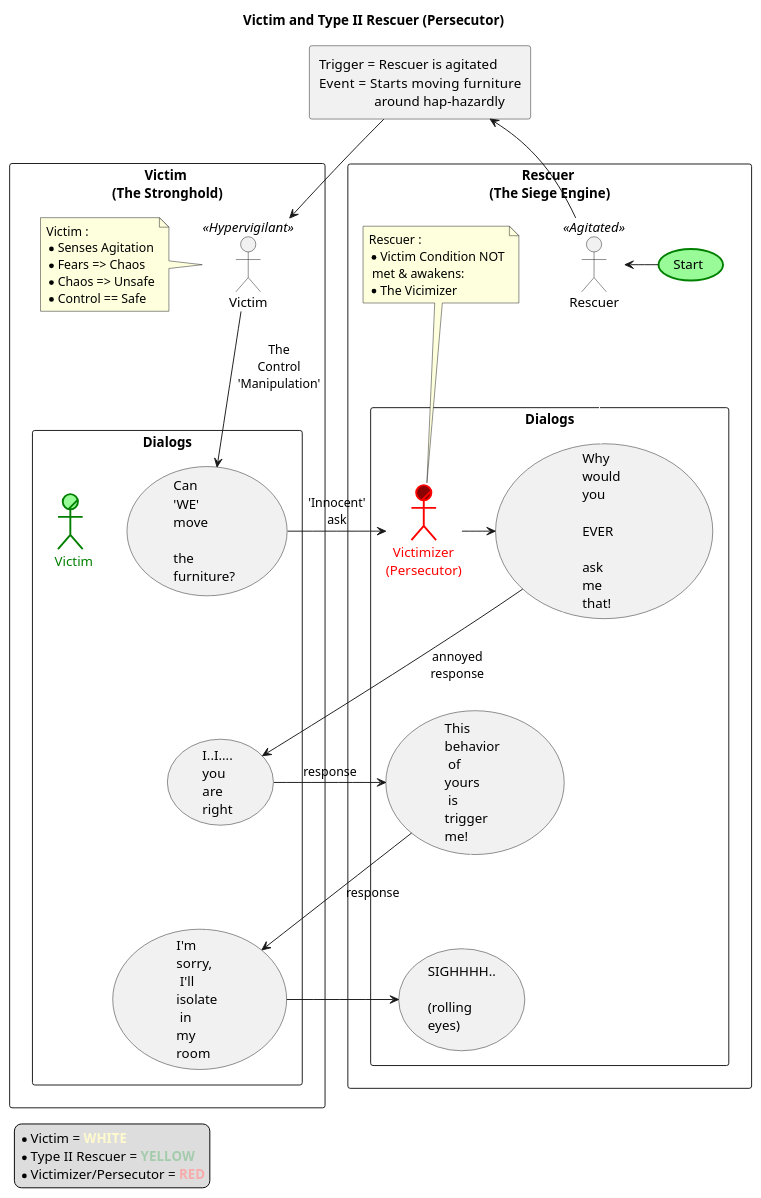
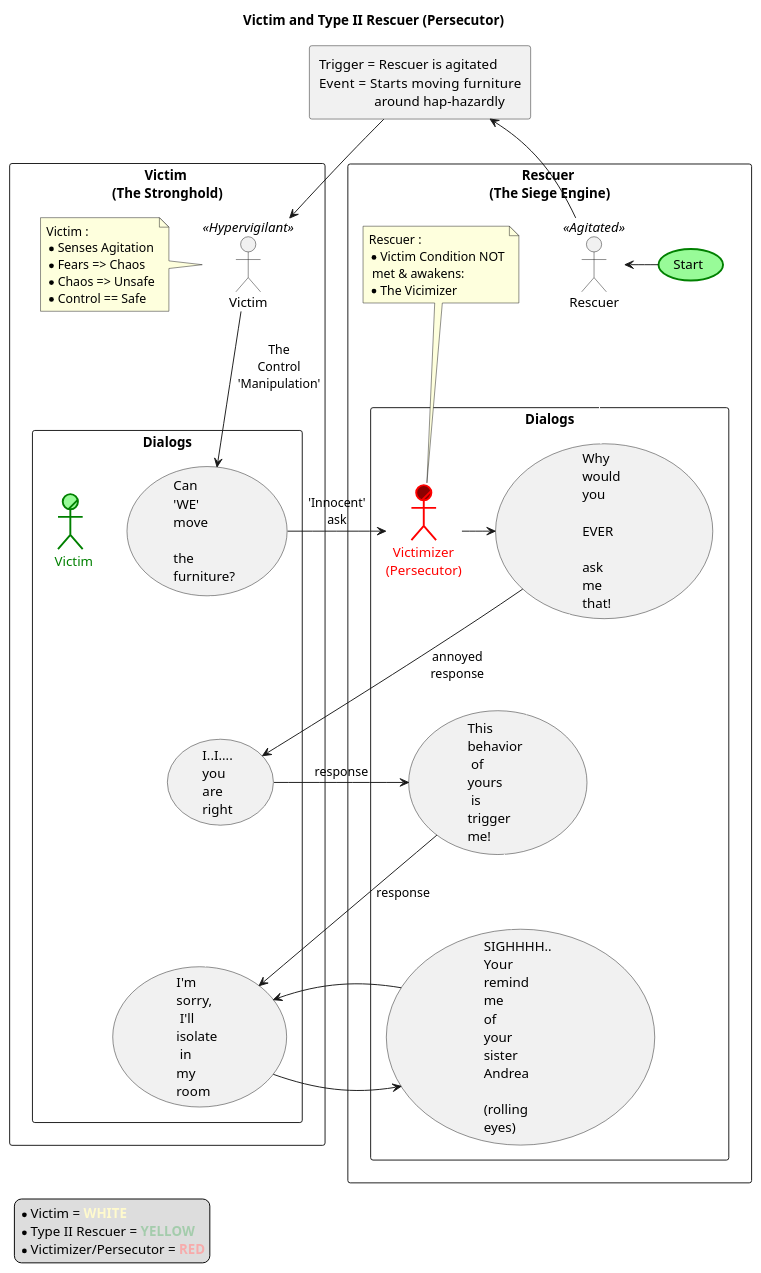
One commit to martinwEIS/martinw.sp.strangerpings-diagrams changed the diagram in source/plantuml/ACA_example/Victim_Type2_Dosing_v1.puml. Above: the diagram before and after it, drawn with PlantUML.

```diff
--- a/source/plantuml/ACA_example/Victim_Type2_Dosing_v1.puml
+++ b/source/plantuml/ACA_example/Victim_Type2_Dosing_v1.puml
@@ -1,151 +1,151 @@
 @startuml
 
 ' left to right direction
 skinparam maxMessageSize 50
 skinparam packageStyle rectangle
 
 <style>
 usecase {
     HorizontalAlignment left
     MaximumWidth 20
 }
 </style>
 
 title Victim and Type II Rescuer (Persecutor)
 
 legend bottom left
     ' * TBD1 = <color:#ADBBD2>**BLUE**</color>
     ' * TBD2 = <color:#FFFFFF>**WHITE**</color>
     * Victim = <color:#LemonChiffon>**WHITE**</color>
     * Type II Rescuer = <color:#A4CCAC>**YELLOW**</color>
     * Victimizer/Persecutor = <color:#F7ABAB>**RED**</color>
 end legend
 
 ' package dosingtrans as "
 ' Dissociative Dosing Transaction
 ' --
 ' Succesful dosing tranaction
 ' Percecutor 'insult or injury' <-exchange-> 'insult or injury' Victim
 ' * Both 'Players' in the game
 ' DISSOCIATE:
 ' -- more absent than present (unconscious - stupedied)
 ' -- more there then (regressed)
 ' -- less here now (present)
 ' "
 
 ' package dissociated as "
 ' Bodily Symptoms
 ' of Dissociation or Dissociated
 ' ..
 ' Hypoxic ==
 ' Hypercarbic ==
 ' Hypoglycemic ==
 
 ' "
 
 ' dosingtrans -down-> dissociated
 
 ' actor "Victim" as vic
 ' actor "Rescuer" as rescuer
 
 ' rectangle "Type II Rescuer\nPersonas" as T2Resc {
 '     actor :Rescuer\n(Type II) : as rescue2 #palegreen;line:green;line.bold;text:green
 
 '     actor/ :  Victimizer\n(Persecutor): as vicper #DarkRed;line:red;line.bold;text:red
 
 '     rescue2 -down- vicper
 
 ' }
 
 ' rescuer -right-> rescue2
 ' rescuer -right-> vicper
 
 ' vic --> rescue2
 ' vic -down-> vicper
 
 ' vicper -down-> dosingtrans
 package theTrigger as "
     Trigger = Rescuer is agitated
     Event   = Starts moving furniture
             \taround hap-hazardly
     "
     ' usecase "Start" as start #palegreen;line:green;line.bold
     ' start -down-> theTrigger #palegreen;line:green
 
 rectangle "Victim \n(The Stronghold)" as vicStgHold {
     actor "Victim" as victim3  << Hypervigilant >>
 
 
 
     rectangle "Dialogs" as vicDiag {
         actor/ :  Victim: as vic2 #palegreen;line:green;line.bold;text:green
 
         usecase "Can 'WE' move\n the furniture?" as dialog1
         usecase "I..I....\nyou are right" as dialog3
         usecase "I'm sorry,\n I'll isolate\n in my room" as dialog5
 
         dialog1 -down- dialog3 #line:white
         dialog3 -down- dialog5 #line:white
 
     }
 
     note left of victim3
     Victim :
     * Senses Agitation
     * Fears => Chaos
     * Chaos => Unsafe
     * Control == Safe
     end note
     ' note "Victim becomes anxious.\nMust suppress disturbance\n(Control == Safety)" as vicNote1
     ' victim3 -down-> vicNote1
      victim3 -down-> dialog1 : The Control 'Manipulation'
 
 }
 
 rectangle "Rescuer \n(The Siege Engine)" as resEngine {
     actor "Rescuer" as rescue3 << Agitated >>
 
 
     usecase "Start" as start2 #palegreen;line:green;line.bold
     start2 -left-> rescue3
 
 
 
     rectangle "Dialogs" as resDiag {
         actor/ :  Victimizer\n(Persecutor): as vicper #DarkRed;line:red;line.bold;text:red
 
         usecase "Why would you\n EVER\n ask me that!" as dialog2
         usecase "This behavior\n of yours\n is trigger me!" as dialog4
-        usecase "SIGHHHH..\n (rolling eyes)" as dialog6
+        usecase "SIGHHHH..\nYour remind me\nof your sister Andrea\n (rolling eyes)" as dialog6
 
         dialog2 -down- dialog4 #line:white
         dialog4 -down- dialog6 #line:white
 
     }
 
     note top of vicper
     Rescuer :
     * Victim Condition NOT
      met & awakens:
     * The Vicimizer
     end note
 
 
 }
 
 
 
     theTrigger -down-> victim3
     rescue3 -up-> theTrigger
     ' dialog1 --> rescue3
     rescue3 --> dialog2 #line:white
     dialog1 -> vicper : 'Innocent' ask
     vicper -> dialog2
     dialog2 --> dialog3 : annoyed response
     dialog3 --> dialog4 : response
     dialog4 --> dialog5 : response
     dialog5 --> dialog6
-
+    dialog6 --> dialog5
 
 
 @enduml
```
